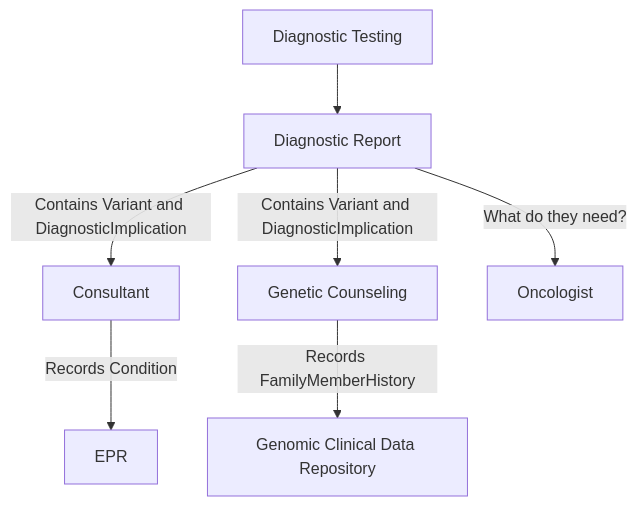
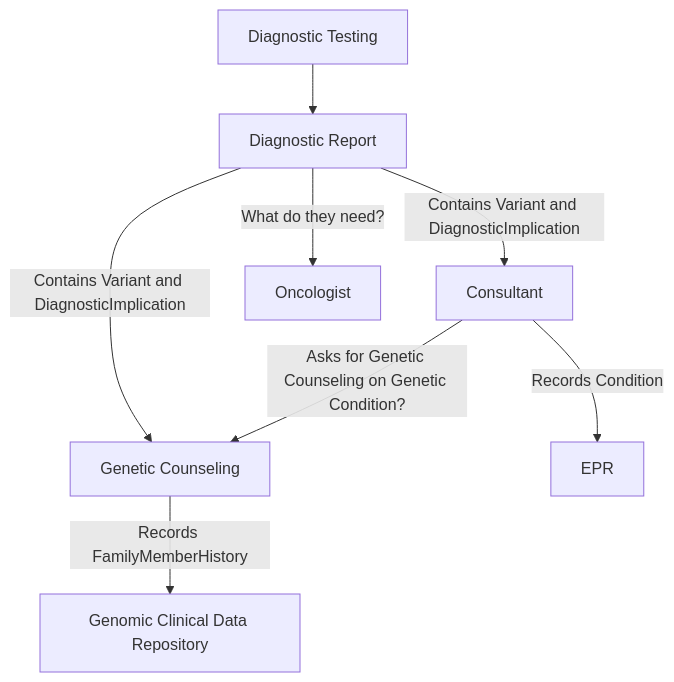
The diagram in input/intro-notes/ExampleScenario-ClinicalAndGenomicWorkflow-intro.md (uk-gov-mirror/nw-gmsa.nw-gmsa.github.com), drawn with Mermaid before and after one commit. The commit also changed 2 other files, not shown here.

Commit message:
Test Category codes

````diff
--- a/input/intro-notes/ExampleScenario-ClinicalAndGenomicWorkflow-intro.md
+++ b/input/intro-notes/ExampleScenario-ClinicalAndGenomicWorkflow-intro.md
@@ -4,11 +4,12 @@
 ```mermaid
 graph TD;
 
     DiagnosticTesting[Diagnostic Testing]  --> DiagnosticReport[Diagnostic Report]
     DiagnosticReport --> |Contains Variant and DiagnosticImplication| Consultant
     DiagnosticReport --> |Contains Variant and DiagnosticImplication| GeneticCounseling[Genetic Counseling]
     DiagnosticReport --> |What do they need?| Oncologist
 
     Consultant --> |Records Condition| EPR
     GeneticCounseling --> |Records FamilyMemberHistory| GenomicCDR[Genomic Clinical Data Repository]
+    Consultant --> |Asks for Genetic Counseling on Genetic Condition?| GeneticCounseling
 ```
````
